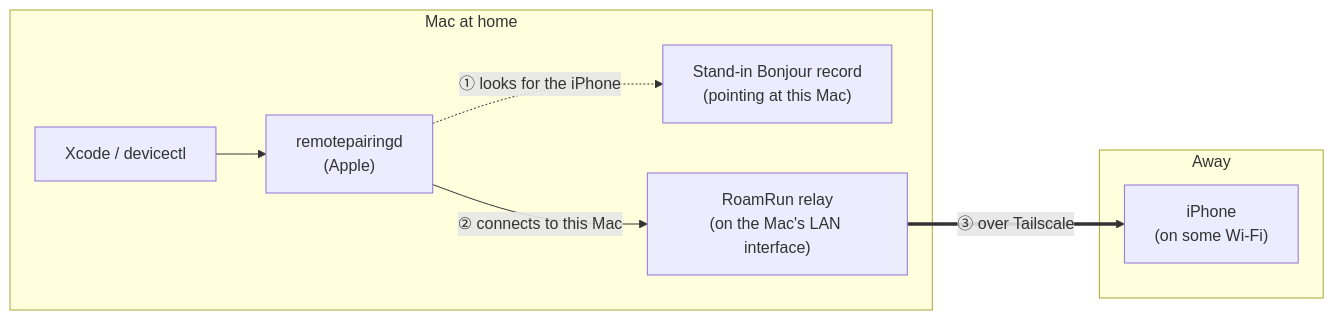
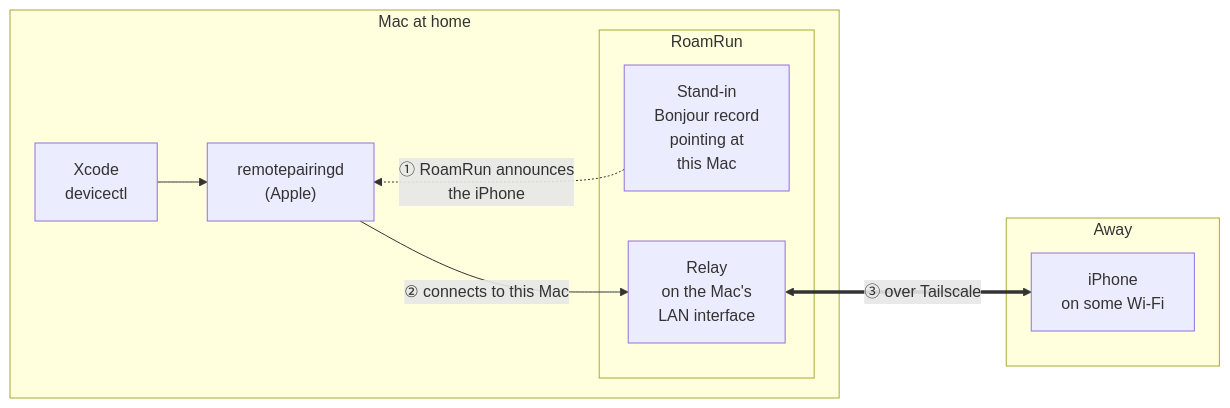
The diagram in README.md (MichaelC001/RoamRun), drawn with Mermaid before and after one commit. The commit also changed other lines of this file and 25 other files, not shown here.

````diff
--- a/README.md
+++ b/README.md
@@ -46,14 +27,17 @@
 ```mermaid
 flowchart LR
   subgraph mac["Mac at home"]
-    xcode["Xcode / devicectl"] --> rpd["remotepairingd<br/>(Apple)"]
-    fake["Stand-in Bonjour record<br/>(pointing at this Mac)"]
-    relay["RoamRun relay<br/>(on the Mac's LAN interface)"]
+    xcode["Xcode<br/>devicectl"] --> rpd["remotepairingd<br/>(Apple)"]
+    subgraph rr["RoamRun"]
+      fake["Stand-in<br/>Bonjour record<br/>pointing at<br/>this Mac"]
+      relay["Relay<br/>on the Mac's<br/>LAN interface"]
+    end
+    rpd ~~~ fake
+    fake -. "① RoamRun announces<br/>the iPhone" .-> rpd
+    rpd -- "② connects to this Mac" --> relay
   end
   subgraph away["Away"]
-    iphone["iPhone<br/>(on some Wi-Fi)"]
+    iphone["iPhone<br/>on some Wi-Fi"]
   end
-  rpd -. "① looks for the iPhone" .-> fake
-  rpd -- "② connects to this Mac" --> relay
-  relay == "③ over Tailscale" ==> iphone
+  relay <== "③ over Tailscale" ==> iphone
 ```
````
